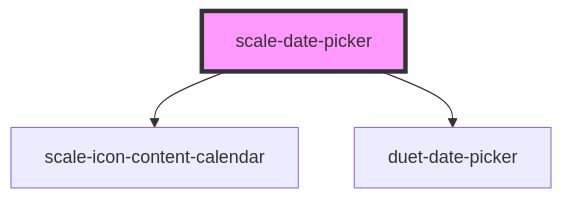
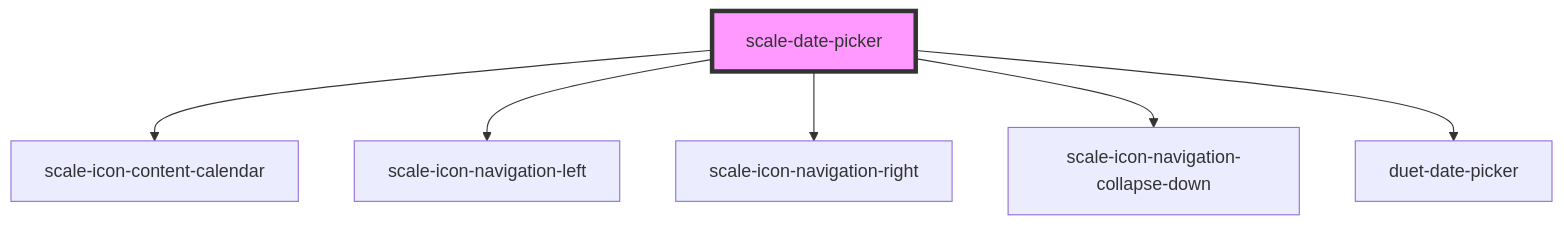
The diagram in packages/components/src/components/date-picker/readme.md (telekom/scale), drawn with Mermaid before and after one commit. The commit also changed other lines of this file and 5 other files, not shown here.

Commit message:
fix(date-picker): input value handling, calendarHeading + styles

````diff
--- a/packages/components/src/components/date-picker/readme.md
+++ b/packages/components/src/components/date-picker/readme.md
@@ -86,6 +89,9 @@
 ```mermaid
 graph TD;
   scale-date-picker --> scale-icon-content-calendar
+  scale-date-picker --> scale-icon-navigation-left
+  scale-date-picker --> scale-icon-navigation-right
+  scale-date-picker --> scale-icon-navigation-collapse-down
   scale-date-picker --> duet-date-picker
   style scale-date-picker fill:#f9f,stroke:#333,stroke-width:4px
 ```
````
